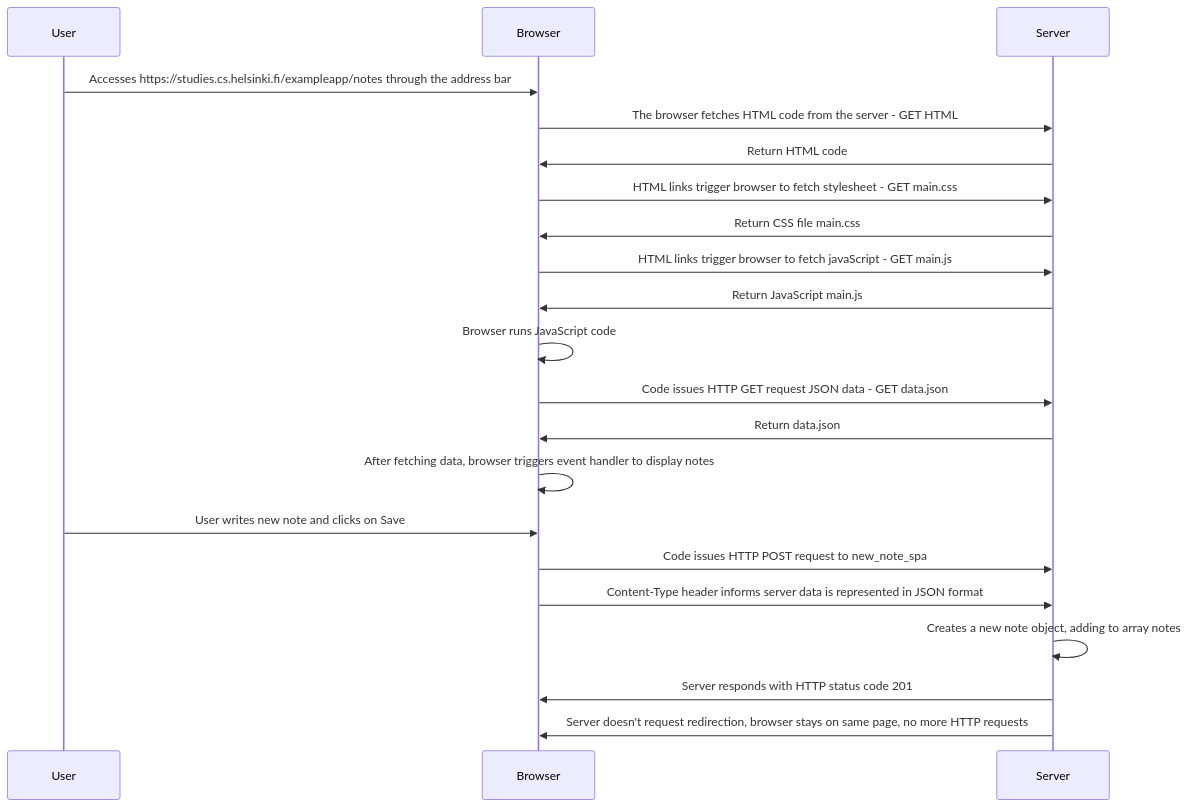
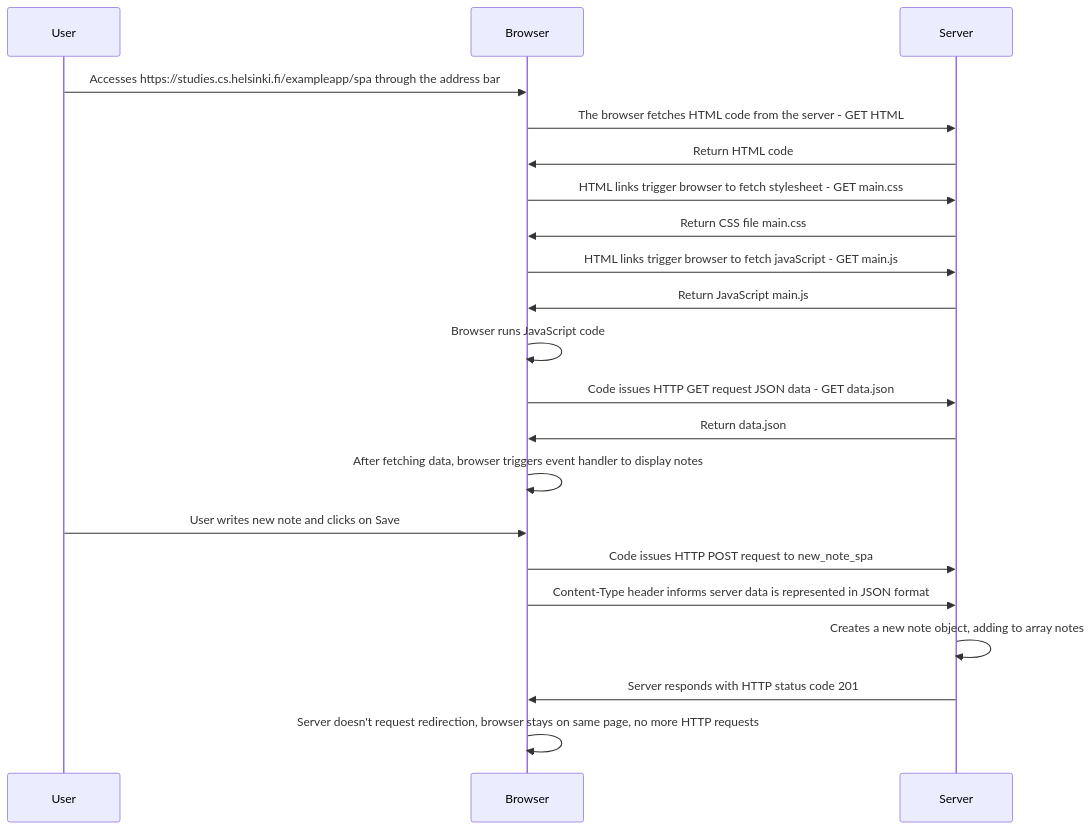
The diagram in part0/sequenceDiagram0-5.md (garciamoramc/course-fullstackopen), drawn with Mermaid before and after one commit.

````diff
--- a/part0/sequenceDiagram0-5.md
+++ b/part0/sequenceDiagram0-5.md
@@ -1,20 +1,20 @@
 ```mermaid
 sequenceDiagram
-    User->>Browser: Accesses https://studies.cs.helsinki.fi/exampleapp/notes through the address bar
+    User->>Browser: Accesses https://studies.cs.helsinki.fi/exampleapp/spa through the address bar
     Browser->>Server: The browser fetches HTML code from the server - GET HTML
     Server->>Browser: Return HTML code
     Browser->>Server: HTML links trigger browser to fetch stylesheet - GET main.css
     Server->>Browser: Return CSS file main.css
     Browser->>Server: HTML links trigger browser to fetch javaScript - GET main.js
     Server->>Browser: Return JavaScript main.js
     Browser->>Browser: Browser runs JavaScript code 
     Browser->>Server: Code issues HTTP GET request JSON data - GET data.json
     Server->>Browser: Return data.json
     Browser->>Browser: After fetching data, browser triggers event handler to display notes
     User->>Browser: User writes new note and clicks on Save
     Browser->>Server: Code issues HTTP POST request to new_note_spa
     Browser->>Server: Content-Type header informs server data is represented in JSON format
     Server->>Server: Creates a new note object, adding to array notes
     Server->>Browser: Server responds with HTTP status code 201
-    Server->>Browser: Server doesn't request redirection, browser stays on same page, no more HTTP requests
+    Browser->>Browser: Server doesn't request redirection, browser stays on same page, no more HTTP requests
 ```
````
